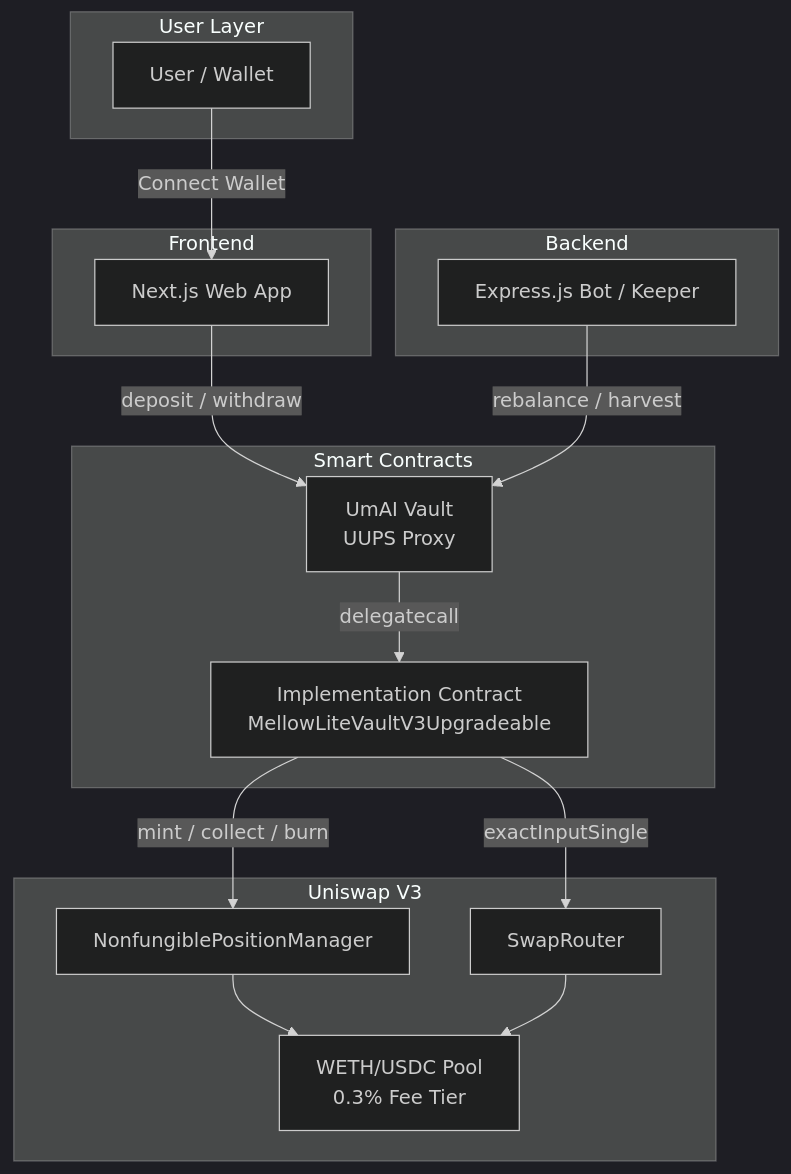
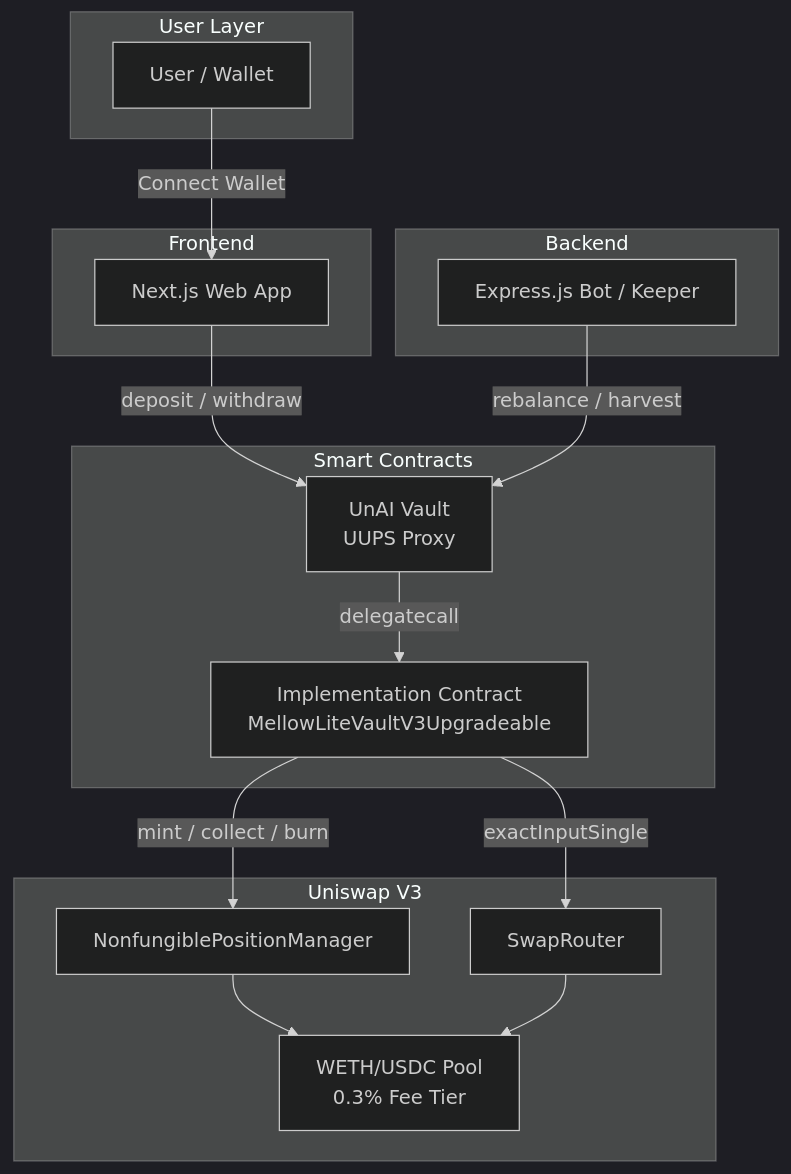
The first of 5 diagrams in architecture/overview.md (systemtest1227-cpu/umai-docs), drawn with Mermaid (dark theme) before and after one commit. The commit also changed other lines of this file and 13 other files, not shown here.

````diff
--- a/architecture/overview.md
+++ b/architecture/overview.md
@@ -11,34 +11,34 @@
 ```mermaid
 graph TD
     subgraph User Layer
         A[User / Wallet]
     end
 
     subgraph Frontend
         B[Next.js Web App]
     end
 
     subgraph Backend
         C[Express.js Bot / Keeper]
     end
 
     subgraph Smart Contracts
-        D[UmAI Vault<br/>UUPS Proxy]
+        D[UnAI Vault<br/>UUPS Proxy]
         E[Implementation Contract<br/>MellowLiteVaultV3Upgradeable]
     end
 
     subgraph Uniswap V3
         F[NonfungiblePositionManager]
         G[SwapRouter]
         H[WETH/USDC Pool<br/>0.3% Fee Tier]
     end
 
     A -->|Connect Wallet| B
     B -->|deposit / withdraw| D
     C -->|rebalance / harvest| D
     D -->|delegatecall| E
     E -->|mint / collect / burn| F
     E -->|exactInputSingle| G
     F --> H
     G --> H
 ```
````
